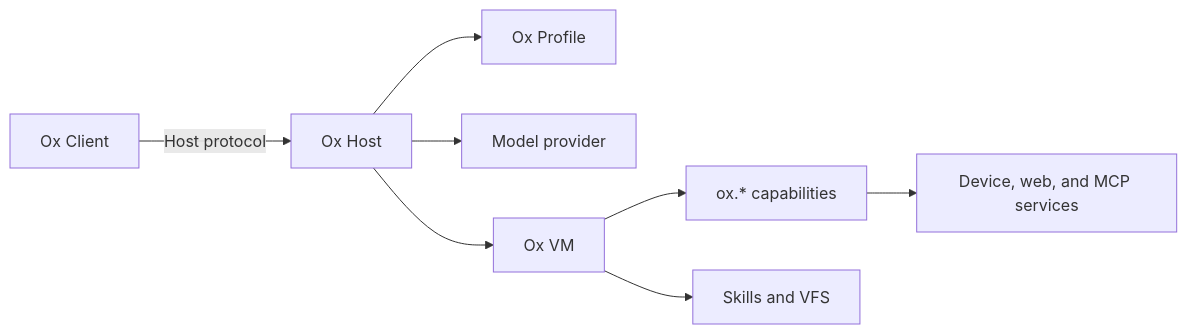
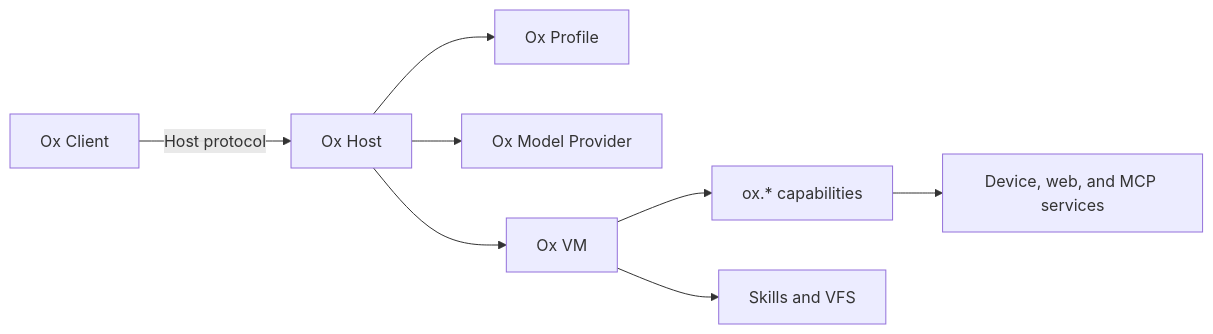
Before and after one commit to ziyzhu/openox: the diagram in README.md, drawn with Mermaid. The commit also changed other lines of this file and 64 other files, not shown here.

````diff
--- a/README.md
+++ b/README.md
@@ -15,10 +32,10 @@
 ```mermaid
 flowchart LR
     Client[Ox Client] -->|Host protocol| Host[Ox Host]
     Host --> Profile[Ox Profile]
-    Host --> Model[Model provider]
+    Host --> Model[Ox Model Provider]
     Host --> VM[Ox VM]
     VM --> Capabilities[ox.* capabilities]
     VM --> Skills[Skills and VFS]
     Capabilities --> Services[Device, web, and MCP services]
 ```
````
